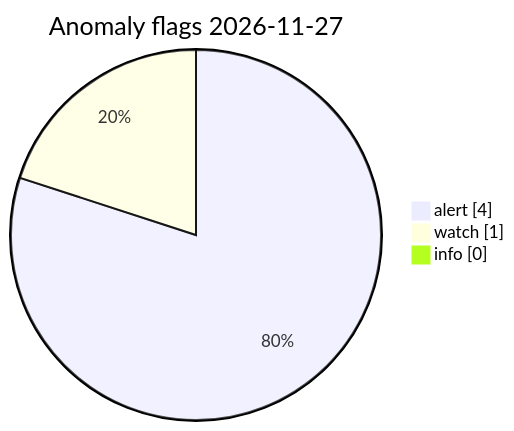
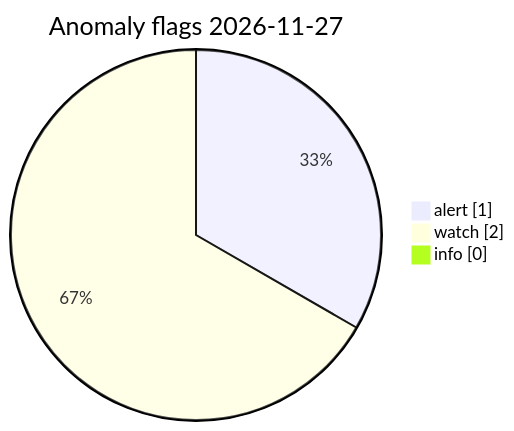
Before and after one commit to Midwest-Stratospheric/Unified-Open-Global-Weather: the diagram in visuals/latest/CHARTS.md, drawn with Mermaid. The commit also changed other lines of this file and 13 other files, not shown here.

Commit message:
data(visuals): automated charts 2026-11-27T19:07Z

````diff
--- a/visuals/latest/CHARTS.md
+++ b/visuals/latest/CHARTS.md
@@ -73,7 +73,7 @@
 ```mermaid
 pie showData
   title Anomaly flags 2026-11-27
-  "alert" : 4
-  "watch" : 1
+  "alert" : 1
+  "watch" : 2
   "info" : 0
 ```
````
